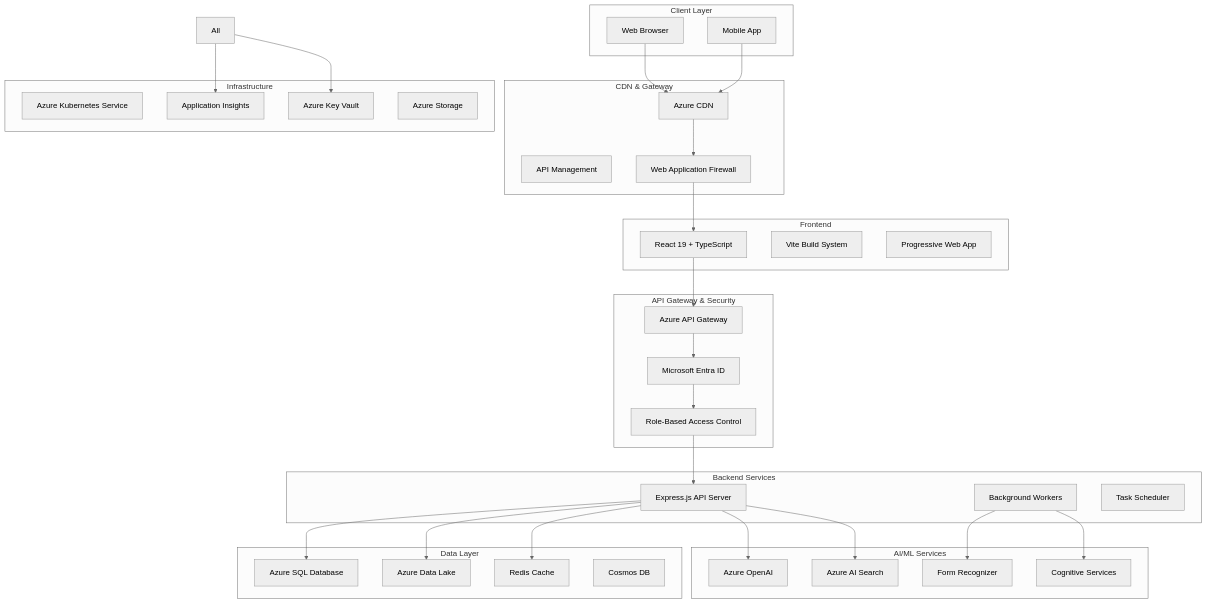
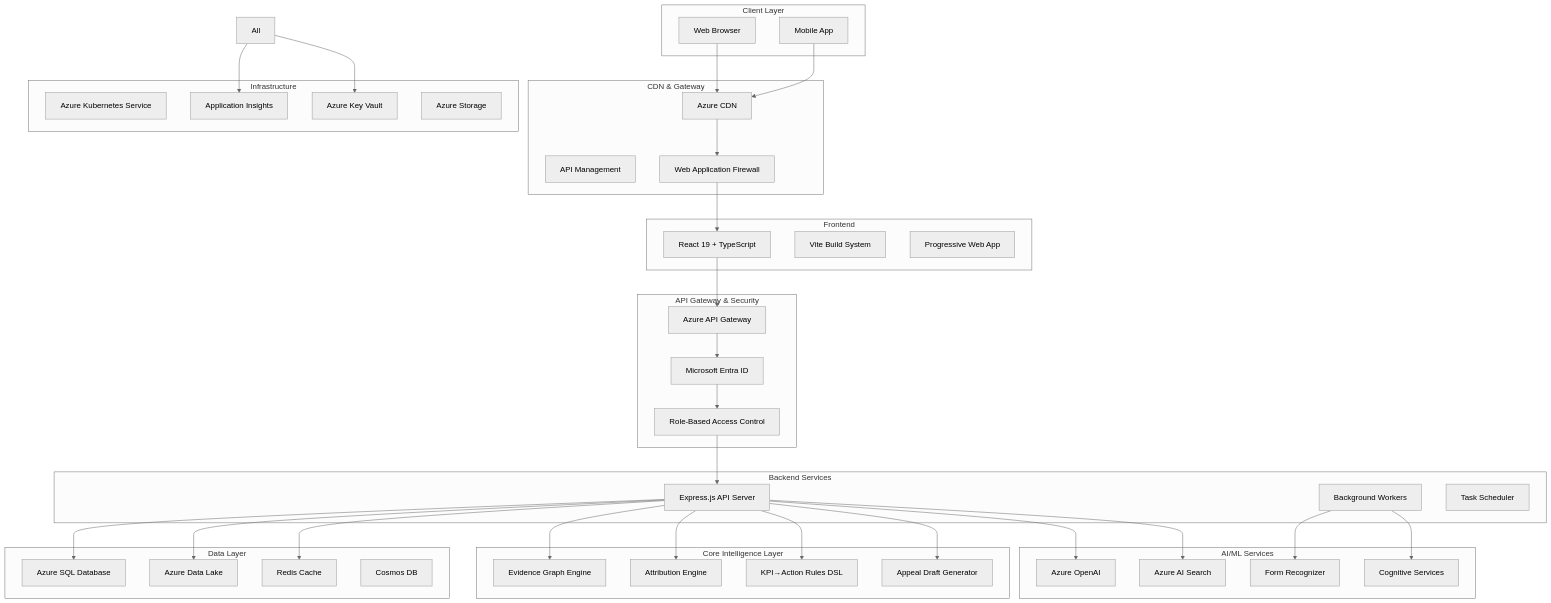
The first of 2 diagrams in docs/technical-architecture.md (shmindmaster/Billigent), drawn with Mermaid (neutral theme) before and after one commit. The commit also changed other lines of this file and 29 other files, not shown here.

First line of the commit message:
feat: Add comprehensive specifications for Appeals Drafting Engine, Evidence Graph Schema, Explainability & Attribution, Instrumentation & Logging, KPI-to-Action Rules DSL, and UX & Branding Guidelines

````diff
--- a/docs/technical-architecture.md
+++ b/docs/technical-architecture.md
@@ -14,70 +20,81 @@
 ```mermaid
 graph TB
     subgraph "Client Layer"
         Web[Web Browser]
         Mobile[Mobile App]
     end
 
     subgraph "CDN & Gateway"
         CDN[Azure CDN]
         APIM[API Management]
         WAF[Web Application Firewall]
     end
 
     subgraph "Frontend"
         React[React 19 + TypeScript]
         Vite[Vite Build System]
         PWA[Progressive Web App]
     end
 
     subgraph "API Gateway & Security"
         Gateway[Azure API Gateway]
         Auth[Microsoft Entra ID]
         RBAC[Role-Based Access Control]
     end
 
     subgraph "Backend Services"
         API[Express.js API Server]
         Worker[Background Workers]
         Scheduler[Task Scheduler]
     end
 
     subgraph "AI/ML Services"
         OpenAI[Azure OpenAI]
         Search[Azure AI Search]
         Form[Form Recognizer]
         Cognitive[Cognitive Services]
     end
 
+    subgraph "Core Intelligence Layer"
+        EvidenceGraph[Evidence Graph Engine]
+        AttributionEngine[Attribution Engine]
+        RulesDSL[KPI→Action Rules DSL]
+        AppealGenerator[Appeal Draft Generator]
+    end
+
     subgraph "Data Layer"
         SQL[Azure SQL Database]
         DataLake[Azure Data Lake]
         Cache[Redis Cache]
         Cosmos[Cosmos DB]
     end
 
     subgraph "Infrastructure"
         AKS[Azure Kubernetes Service]
         Monitor[Application Insights]
         KeyVault[Azure Key Vault]
         Storage[Azure Storage]
     end
 
     Web --> CDN
     Mobile --> CDN
     CDN --> WAF
     WAF --> React
     React --> Gateway
     Gateway --> Auth
     Auth --> RBAC
     RBAC --> API
     API --> OpenAI
     API --> Search
+    API --> EvidenceGraph
+    API --> AttributionEngine
+    API --> RulesDSL
+    API --> AppealGenerator
     API --> SQL
     API --> DataLake
     Worker --> Form
     Worker --> Cognitive
     API --> Cache
     All --> Monitor
     All --> KeyVault
 ```
````
